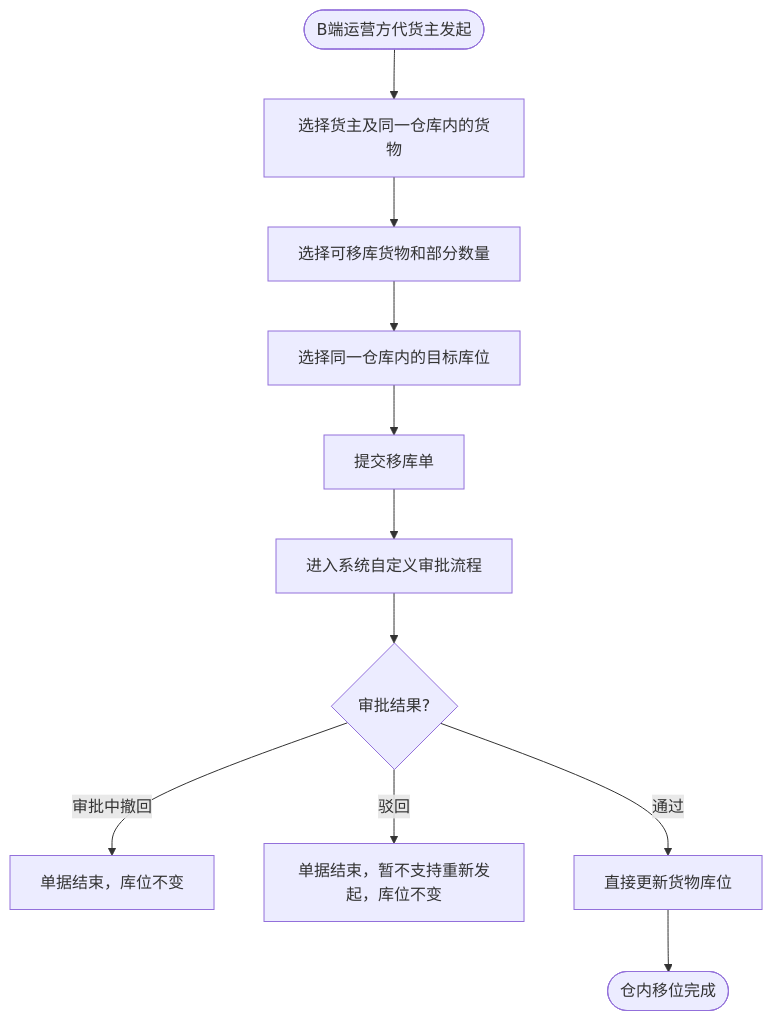
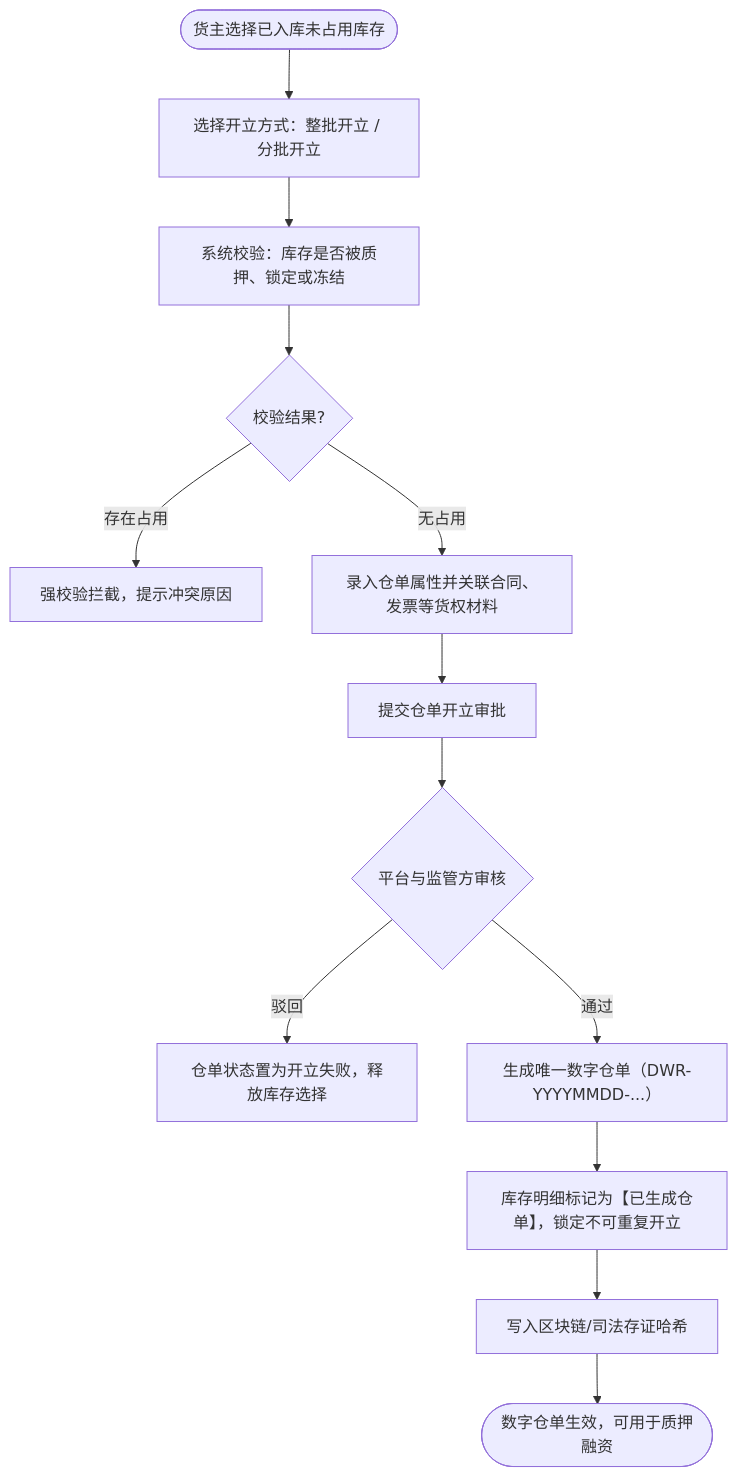
One commit to RobertHuang999/SYZC changed the second of 8 diagrams in 01-项目背景/06-核心业务场景和流程.md. Above: the diagram before and after it, drawn with Mermaid. The commit also changed other lines of this file and 13 other files, not shown here.

````diff
--- a/01-项目背景/06-核心业务场景和流程.md
+++ b/01-项目背景/06-核心业务场景和流程.md
@@ -333,13 +49,15 @@
 ```mermaid
 flowchart TD
-    A([B端运营方代货主发起]) --> B[选择货主及同一仓库内的货物]
-    B --> C[选择可移库货物和部分数量]
-    C --> D[选择同一仓库内的目标库位]
-    D --> E[提交移库单]
-    E --> F[进入系统自定义审批流程]
-    F --> G{审批结果?}
-    G -- 审批中撤回 --> H[单据结束，库位不变]
-    G -- 驳回 --> I[单据结束，暂不支持重新发起，库位不变]
-    G -- 通过 --> J[直接更新货物库位]
-    J --> K([仓内移位完成])
+    A([货主选择已入库未占用库存]) --> B[选择开立方式：整批开立 / 分批开立]
+    B --> C[系统校验：库存是否被质押、锁定或冻结]
+    C --> D{校验结果?}
+    D -- 存在占用 --> E[强校验拦截，提示冲突原因]
+    D -- 无占用 --> F[录入仓单属性并关联合同、发票等货权材料]
+    F --> G[提交仓单开立审批]
+    G --> H{平台与监管方审核}
+    H -- 驳回 --> I[仓单状态置为开立失败，释放库存选择]
+    H -- 通过 --> J[生成唯一数字仓单（DWR-YYYYMMDD-...）]
+    J --> K[库存明细标记为【已生成仓单】，锁定不可重复开立]
+    K --> L[写入区块链/司法存证哈希]
+    L --> M([数字仓单生效，可用于质押融资])
 ```
````
